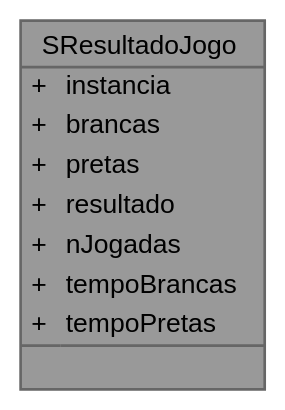
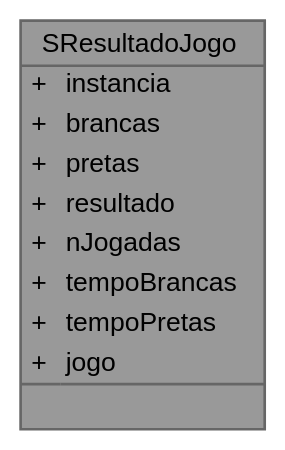
The diagram in structSResultadoJogo__coll__graph.dot (jcoelho72/TProcura), drawn with Graphviz before and after one commit. The commit also changed 73 other files, not shown here.

```diff
--- a/structSResultadoJogo__coll__graph.dot
+++ b/structSResultadoJogo__coll__graph.dot
@@ -1,20 +1,21 @@
 digraph "SResultadoJogo"
 {
  // LATEX_PDF_SIZE
   bgcolor="transparent";
   edge [fontname=Helvetica,fontsize=10,labelfontname=Helvetica,labelfontsize=10];
   node [fontname=Helvetica,fontsize=10,shape=box,height=0.2,width=0.4];
   Node1 [id="Node000001",shape=plain,label=<<TABLE CELLBORDER="0" BORDER="1"><TR><TD COLSPAN="2" CELLPADDING="1" CELLSPACING="0">SResultadoJogo</TD></TR>
 <HR/>
 <TR><TD VALIGN="top" CELLPADDING="1" CELLSPACING="0">+</TD><TD VALIGN="top" ALIGN="LEFT" CELLPADDING="1" CELLSPACING="0">instancia<BR ALIGN="LEFT"/></TD></TR>
 <TR><TD VALIGN="top" CELLPADDING="1" CELLSPACING="0">+</TD><TD VALIGN="top" ALIGN="LEFT" CELLPADDING="1" CELLSPACING="0">brancas<BR ALIGN="LEFT"/></TD></TR>
 <TR><TD VALIGN="top" CELLPADDING="1" CELLSPACING="0">+</TD><TD VALIGN="top" ALIGN="LEFT" CELLPADDING="1" CELLSPACING="0">pretas<BR ALIGN="LEFT"/></TD></TR>
 <TR><TD VALIGN="top" CELLPADDING="1" CELLSPACING="0">+</TD><TD VALIGN="top" ALIGN="LEFT" CELLPADDING="1" CELLSPACING="0">resultado<BR ALIGN="LEFT"/></TD></TR>
 <TR><TD VALIGN="top" CELLPADDING="1" CELLSPACING="0">+</TD><TD VALIGN="top" ALIGN="LEFT" CELLPADDING="1" CELLSPACING="0">nJogadas<BR ALIGN="LEFT"/></TD></TR>
 <TR><TD VALIGN="top" CELLPADDING="1" CELLSPACING="0">+</TD><TD VALIGN="top" ALIGN="LEFT" CELLPADDING="1" CELLSPACING="0">tempoBrancas<BR ALIGN="LEFT"/></TD></TR>
 <TR><TD VALIGN="top" CELLPADDING="1" CELLSPACING="0">+</TD><TD VALIGN="top" ALIGN="LEFT" CELLPADDING="1" CELLSPACING="0">tempoPretas<BR ALIGN="LEFT"/></TD></TR>
+<TR><TD VALIGN="top" CELLPADDING="1" CELLSPACING="0">+</TD><TD VALIGN="top" ALIGN="LEFT" CELLPADDING="1" CELLSPACING="0">jogo<BR ALIGN="LEFT"/></TD></TR>
 <HR/>
 <TR><TD COLSPAN="2" CELLPADDING="1" CELLSPACING="0">&nbsp;</TD></TR>
 </TABLE>>
 ,height=0.2,width=0.4,color="gray40", fillcolor="grey60", style="filled", fontcolor="black",tooltip="registo do valor de um estado, em procuras anteriores"];
 }
```
